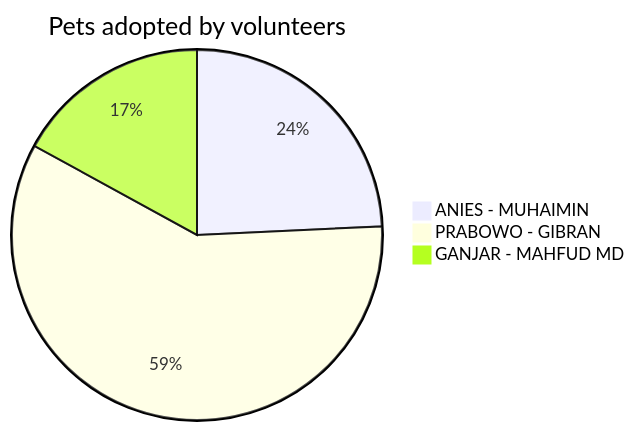
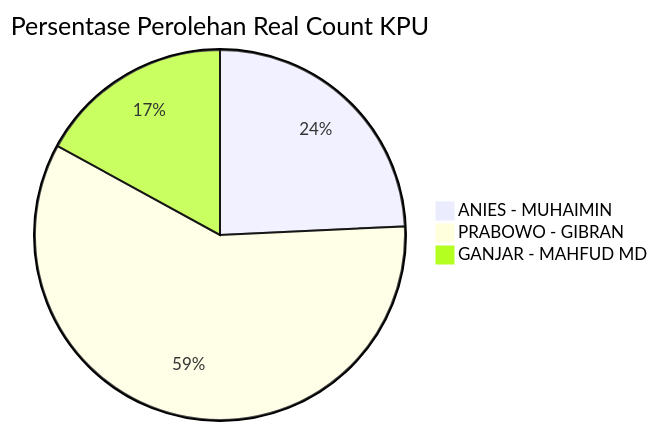
One commit to ptdede/github-workflow-playground changed the diagram in README.md. Above: the diagram before and after it, drawn with Mermaid.

Commit message:
chore: change graph title

````diff
--- a/README.md
+++ b/README.md
@@ -3,6 +3,6 @@
 ```mermaid
-pie title Pets adopted by volunteers
+pie title Persentase Perolehan Real Count KPU
     "ANIES - MUHAIMIN" : 24120866
     "PRABOWO - GIBRAN" : 58389938
     "GANJAR - MAHFUD MD" : 16923166
 ```
````
